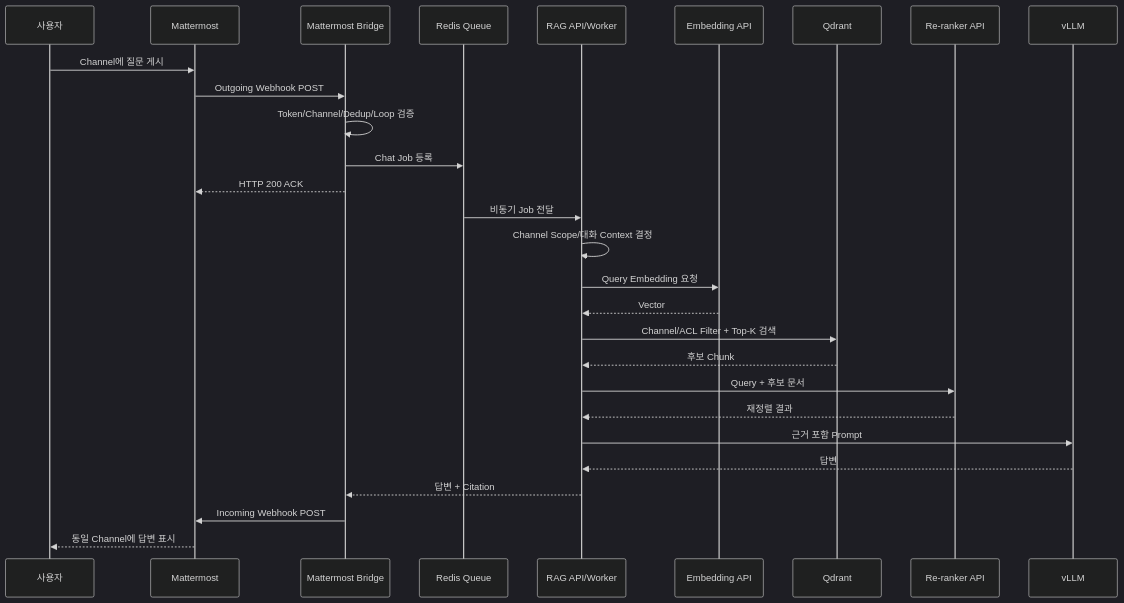
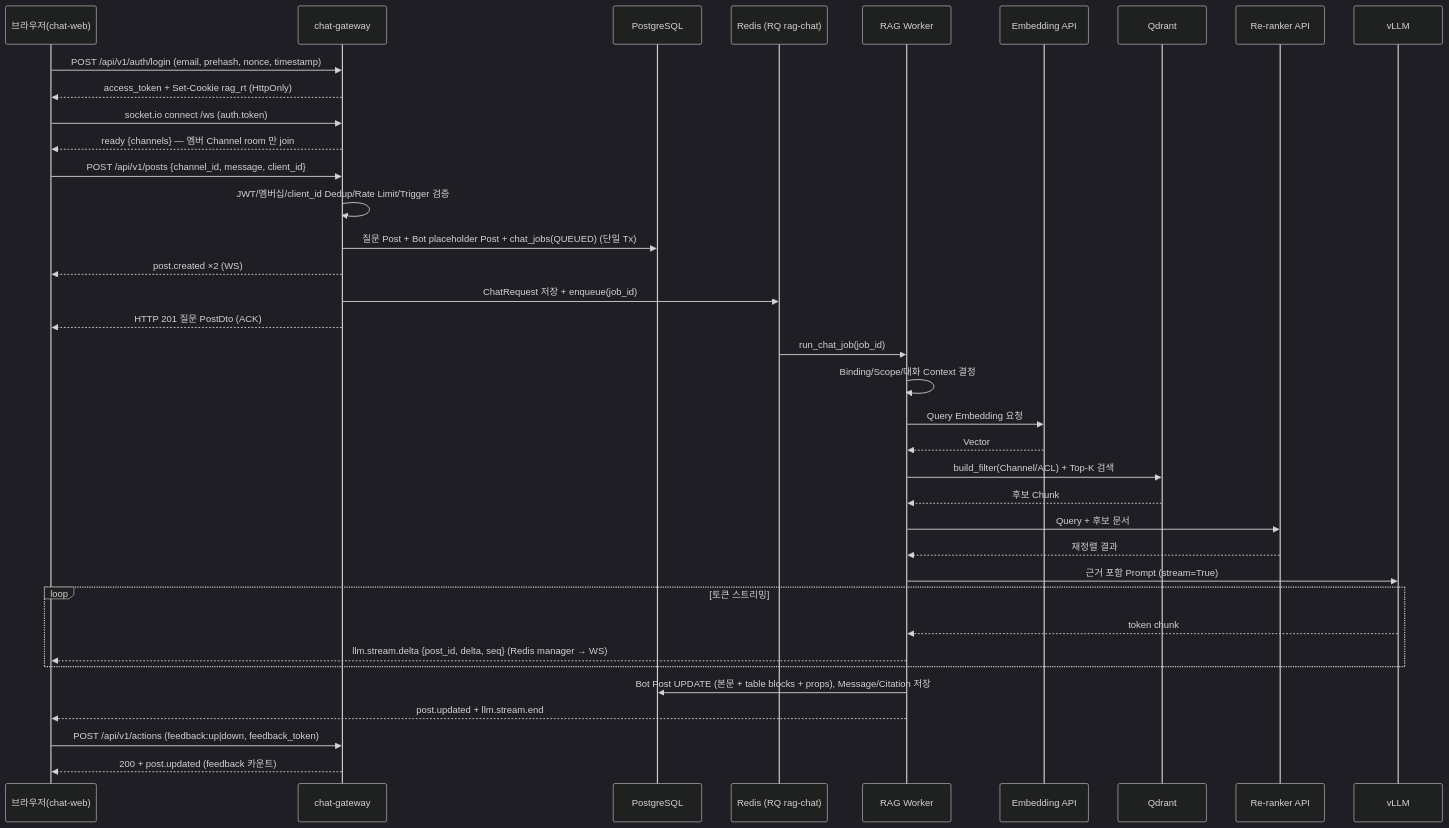
Before and after one commit to Lee79-CK/rag_system: the second of 6 diagrams in docs/PRD.md, drawn with Mermaid (dark theme). The commit also changed other lines of this file and 183 other files, not shown here.

````diff
--- a/docs/PRD.md
+++ b/docs/PRD.md
@@ -357,31 +373,40 @@
 ```mermaid
 sequenceDiagram
-    participant User as 사용자
-    participant MM as Mattermost
-    participant Bridge as Mattermost Bridge
-    participant Queue as Redis Queue
-    participant RAG as RAG API/Worker
+    participant User as 브라우저(chat-web)
+    participant GW as chat-gateway
+    participant DB as PostgreSQL
+    participant Queue as Redis (RQ rag-chat)
+    participant RAG as RAG Worker
     participant EMB as Embedding API
     participant QD as Qdrant
     participant RR as Re-ranker API
     participant LLM as vLLM
 
-    User->>MM: Channel에 질문 게시
-    MM->>Bridge: Outgoing Webhook POST
-    Bridge->>Bridge: Token/Channel/Dedup/Loop 검증
-    Bridge->>Queue: Chat Job 등록
-    Bridge-->>MM: HTTP 200 ACK
-    Queue->>RAG: 비동기 Job 전달
-    RAG->>RAG: Channel Scope/대화 Context 결정
+    User->>GW: POST /api/v1/auth/login (email, prehash, nonce, timestamp)
+    GW-->>User: access_token + Set-Cookie rag_rt (HttpOnly)
+    User->>GW: socket.io connect /ws (auth.token)
+    GW-->>User: ready {channels} — 멤버 Channel room 만 join
+    User->>GW: POST /api/v1/posts {channel_id, message, client_id}
+    GW->>GW: JWT/멤버십/client_id Dedup/Rate Limit/Trigger 검증
+    GW->>DB: 질문 Post + Bot placeholder Post + chat_jobs(QUEUED) (단일 Tx)
+    GW-->>User: post.created ×2 (WS)
+    GW->>Queue: ChatRequest 저장 + enqueue(job_id)
+    GW-->>User: HTTP 201 질문 PostDto (ACK)
+    Queue->>RAG: run_chat_job(job_id)
+    RAG->>RAG: Binding/Scope/대화 Context 결정
     RAG->>EMB: Query Embedding 요청
     EMB-->>RAG: Vector
-    RAG->>QD: Channel/ACL Filter + Top-K 검색
+    RAG->>QD: build_filter(Channel/ACL) + Top-K 검색
     QD-->>RAG: 후보 Chunk
     RAG->>RR: Query + 후보 문서
     RR-->>RAG: 재정렬 결과
-    RAG->>LLM: 근거 포함 Prompt
-    LLM-->>RAG: 답변
-    RAG-->>Bridge: 답변 + Citation
-    Bridge->>MM: Incoming Webhook POST
-    MM-->>User: 동일 Channel에 답변 표시
+    RAG->>LLM: 근거 포함 Prompt (stream=True)
+    loop 토큰 스트리밍
+        LLM-->>RAG: token chunk
+        RAG-->>User: llm.stream.delta {post_id, delta, seq} (Redis manager → WS)
+    end
+    RAG->>DB: Bot Post UPDATE (본문 + table blocks + props), Message/Citation 저장
+    RAG-->>User: post.updated + llm.stream.end
+    User->>GW: POST /api/v1/actions (feedback:up|down, feedback_token)
+    GW-->>User: 200 + post.updated (feedback 카운트)
 ```
````
